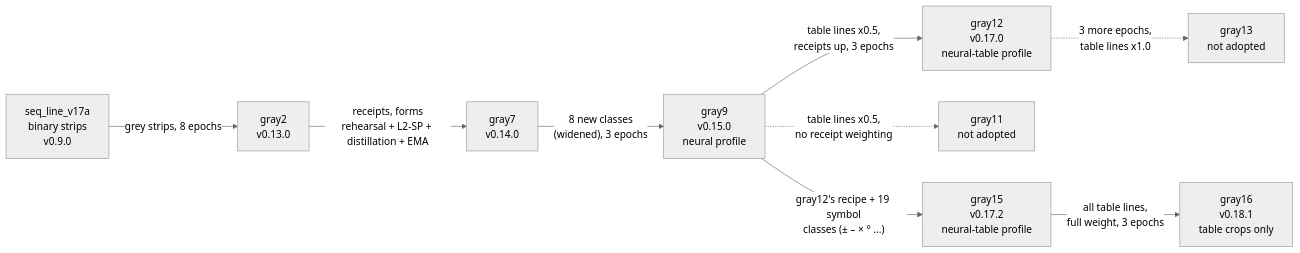
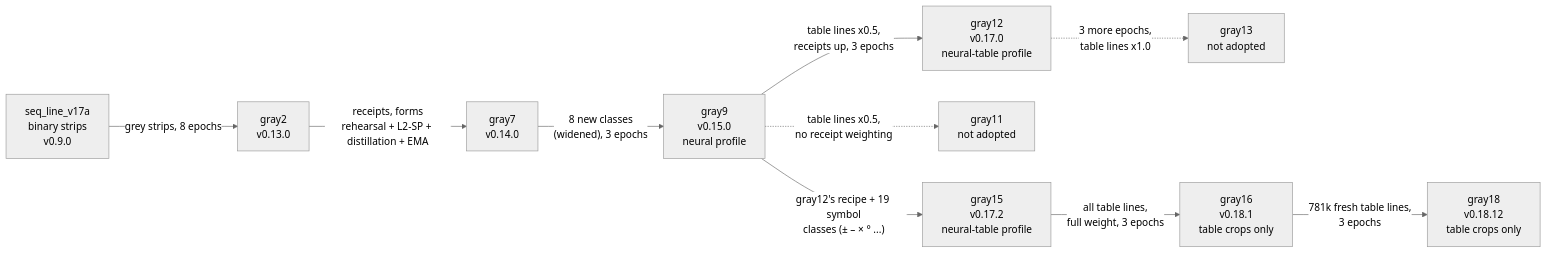
One commit to msharpe248/mlws-ocr changed the diagram in docs/NEURAL_NETWORK_THEORY.md. Above: the diagram before and after it, drawn with Mermaid (neutral theme). The commit also changed other lines of this file and 8 other files, not shown here.

````diff
--- a/docs/NEURAL_NETWORK_THEORY.md
+++ b/docs/NEURAL_NETWORK_THEORY.md
@@ -494,11 +494,12 @@
 ```mermaid
 flowchart LR
     v17a["seq_line_v17a<br/>binary strips<br/>v0.9.0"] -->|grey strips, 8 epochs| g2["gray2<br/>v0.13.0"]
     g2 -->|"receipts, forms<br/>rehearsal + L2-SP + distillation + EMA"| g7["gray7<br/>v0.14.0"]
     g7 -->|"8 new classes<br/>(widened), 3 epochs"| g9["gray9<br/>v0.15.0<br/>neural profile"]
     g9 -->|"table lines x0.5,<br/>receipts up, 3 epochs"| g12["gray12<br/>v0.17.0<br/>neural-table profile"]
     g9 -.->|"table lines x0.5,<br/>no receipt weighting"| g11["gray11<br/>not adopted"]
     g12 -.->|"3 more epochs,<br/>table lines x1.0"| g13["gray13<br/>not adopted"]
     g9 -->|"gray12's recipe + 19 symbol<br/>classes (± – × ° ...)"| g15["gray15<br/>v0.17.2<br/>neural-table profile"]
     g15 -->|"all table lines,<br/>full weight, 3 epochs"| g16["gray16<br/>v0.18.1<br/>table crops only"]
+    g16 -->|"781k fresh table lines,<br/>3 epochs"| g18["gray18<br/>v0.18.12<br/>table crops only"]
 ```
````
